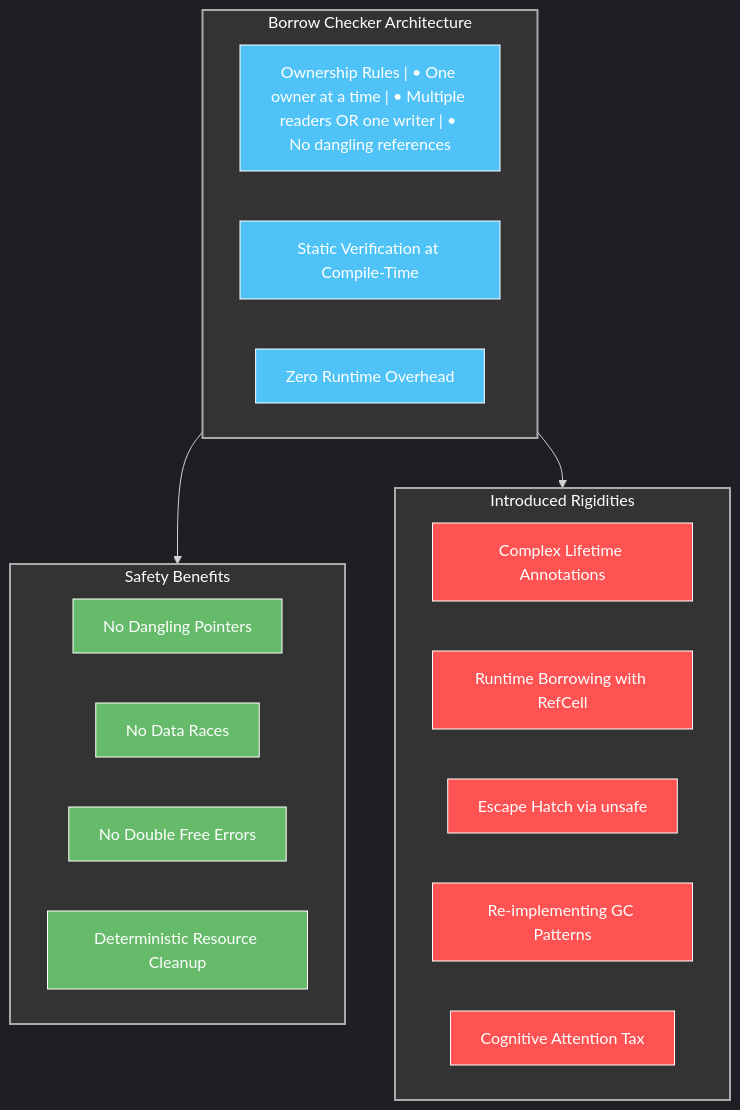
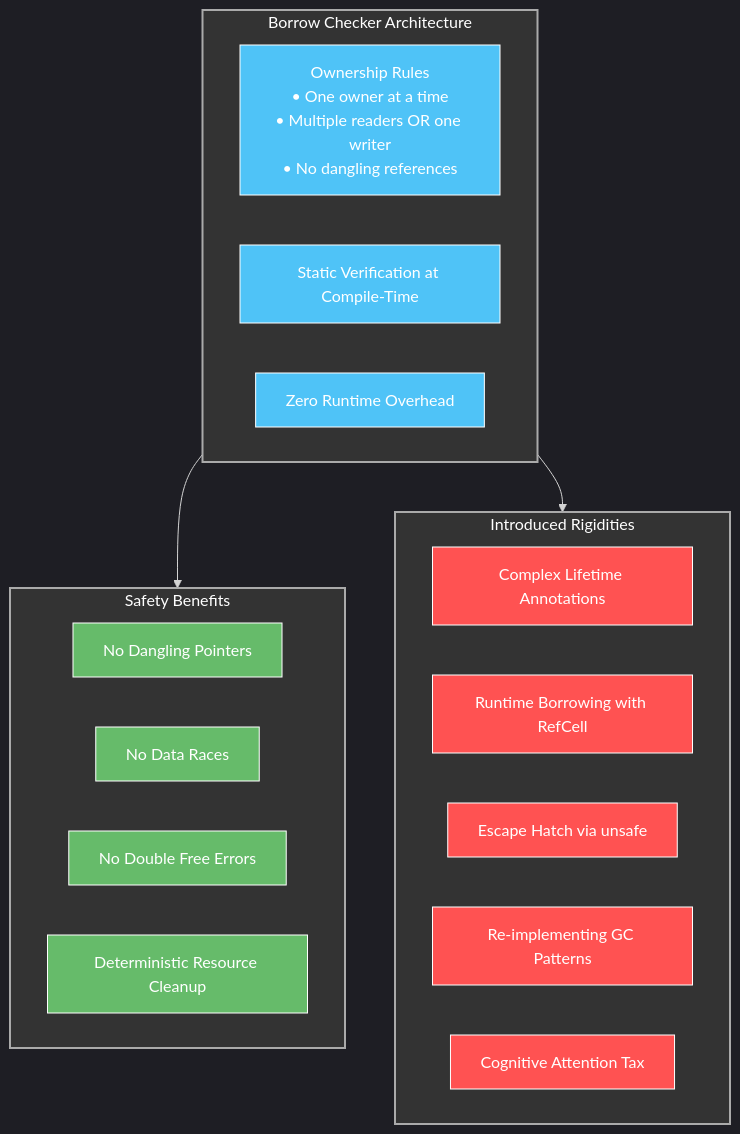
Before and after one commit to houstonhaynes/AD4SDocs: the first of 3 diagrams in 02 Rusts Journey Beyond Memory Safety.md, drawn with Mermaid. The commit also changed 5 other files, not shown here.

Commit message:
fix mermaid part two

````diff
--- a/02 Rusts Journey Beyond Memory Safety.md
+++ b/02 Rusts Journey Beyond Memory Safety.md
@@ -96,43 +96,43 @@
 ```mermaid
 %%{init: {'theme': 'dark', 'themeVariables': { 'primaryColor': '#242424', 'primaryTextColor': '#fff', 'primaryBorderColor': '#888', 'lineColor': '#d3d3d3', 'secondaryColor': '#2b2b2b', 'tertiaryColor': '#333' }}}%%
 flowchart TD
     subgraph BorrowChecker["Borrow Checker Architecture"]
-        Rules["Ownership Rules | • One owner at a time | • Multiple readers OR one writer | • No dangling references"]
+        Rules["Ownership Rules<br>• One owner at a time<br>• Multiple readers OR one writer<br>• No dangling references"]
         Verification["Static Verification at Compile-Time"]
         NoRuntime["Zero Runtime Overhead"]
     end
     
     subgraph Benefits["Safety Benefits"]
         NoDangling["No Dangling Pointers"]
         NoRaces["No Data Races"]
         NoDoubleFree["No Double Free Errors"]
         DeterministicCleanup["Deterministic Resource Cleanup"]
     end
     
     subgraph Rigidities["Introduced Rigidities"]
         Lifecycle["Complex Lifetime Annotations"]
         RefCells["Runtime Borrowing with RefCell"]
         Unsafe["Escape Hatch via unsafe"]
         GCPatterns["Re-implementing GC Patterns"]
         AttentionTax["Cognitive Attention Tax"]
     end
     
     BorrowChecker --> Benefits
     BorrowChecker --> Rigidities
     
     style BorrowChecker fill:#333,stroke:#aaa,stroke-width:2px,color:#fff
     style Benefits fill:#333,stroke:#aaa,stroke-width:2px,color:#fff
     style Rigidities fill:#333,stroke:#aaa,stroke-width:2px,color:#fff
     style Rules fill:#4FC3F7,stroke:#fff,stroke-width:1px,color:#fff
     style Verification fill:#4FC3F7,stroke:#fff,stroke-width:1px,color:#fff
     style NoRuntime fill:#4FC3F7,stroke:#fff,stroke-width:1px,color:#fff
     style NoDangling fill:#66BB6A,stroke:#fff,stroke-width:1px,color:#fff
     style NoRaces fill:#66BB6A,stroke:#fff,stroke-width:1px,color:#fff
     style NoDoubleFree fill:#66BB6A,stroke:#fff,stroke-width:1px,color:#fff
     style DeterministicCleanup fill:#66BB6A,stroke:#fff,stroke-width:1px,color:#fff
     style Lifecycle fill:#FF5252,stroke:#fff,stroke-width:1px,color:#fff
     style RefCells fill:#FF5252,stroke:#fff,stroke-width:1px,color:#fff
     style Unsafe fill:#FF5252,stroke:#fff,stroke-width:1px,color:#fff
     style GCPatterns fill:#FF5252,stroke:#fff,stroke-width:1px,color:#fff
     style AttentionTax fill:#FF5252,stroke:#fff,stroke-width:1px,color:#fff
 ```
````
